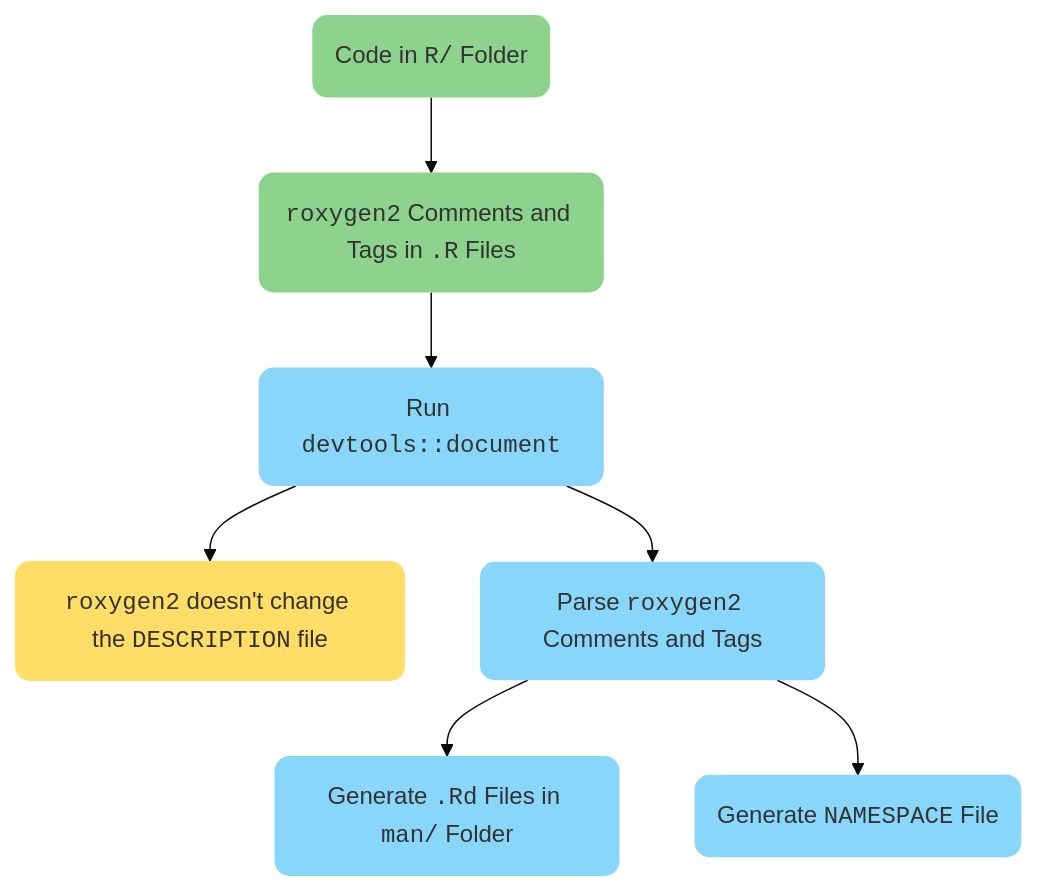
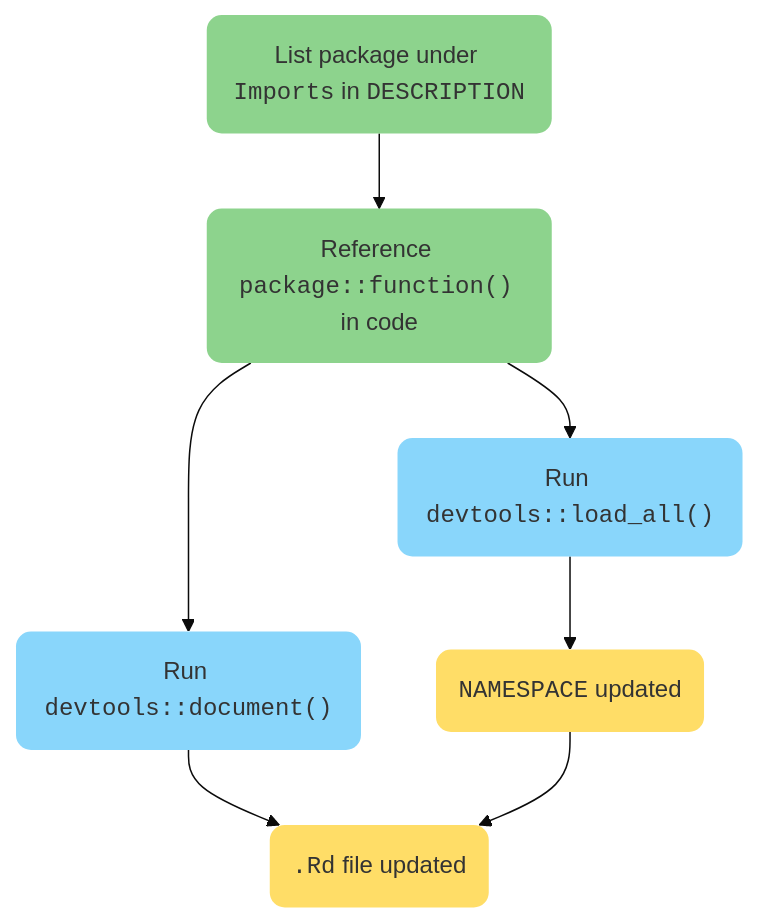
One commit to mjfrigaard/shiny-app-pkgs changed the second of 2 diagrams in dependencies.qmd. Above: the diagram before and after it, drawn with Mermaid. The commit also changed other lines of this file and 24 other files, not shown here.

````diff
--- a/dependencies.qmd
+++ b/dependencies.qmd
@@ -1040,22 +1080,28 @@
 ```{mermaid}
 %%| fig-width: 6.5
 %%| fig-align: center
-%%| fig-cap: "`devtools::document` does not change the `DESCRIPTION`"
+%%| fig-cap: '`devtools::document` does not change the `DESCRIPTION` file'
 %%{init: {'theme': 'base', 'themeVariables': { 'fontFamily': 'Inconsolata', 'primaryColor': '#89D6FB', 'edgeLabelBackground':'#02577A'}}}%%
 
 flowchart TD
-  X1(Code in <code>R/</code> Folder) --> X2(<code>roxygen2</code> Comments and Tags in <code>.R</code> Files)
-  X2 --> X3(Run <code>devtools::document</code>)
-  X3 --> note[<code>roxygen2</code> doesn't change the <code>DESCRIPTION</code> file]
-  X3 --> X4(Parse <code>roxygen2</code> Comments and Tags)
-  X4 --> X5(Generate <code>.Rd</code> Files in <code>man/</code> Folder)
-  X4 --> X6(Generate <code>NAMESPACE</code> File)
+  Imports("List package under <code>Imports</code> in <code>DESCRIPTION</code>")
+  Reference("Reference <code>package::function()</code> in code")
+  LoadAll("Run <code>devtools::load_all()</code>")
+  Document("Run <code>devtools::document()</code>")
+  NamespaceUpdated("<code>NAMESPACE</code> updated")
+  RdFileUpdated("<code>.Rd</code> file updated")
+
+  Imports --> Reference
+  Reference --> LoadAll
+  Reference --> Document
+  LoadAll --> NamespaceUpdated
+  Document --> RdFileUpdated
+  NamespaceUpdated --> RdFileUpdated
   
-  style X1 fill:#8dd38d,stroke:none,rx:10,ry:10;
-  style X2 fill:#8dd38d,stroke:none,rx:10,ry:10;
-  style X3 fill:#89D6FB,stroke:none,rx:10,ry:10;
-  style X4 fill:#89D6FB,stroke:none,rx:10,ry:10;
-  style X5 fill:#89D6FB,stroke:none,rx:10,ry:10;
-  style X6 fill:#89D6FB,stroke:none,rx:10,ry:10;
-  style note fill:#FFDD67,stroke:none,rx:10,ry:10;
+  style Imports fill:#8dd38d,stroke:none,rx:10,ry:10;
+  style Reference fill:#8dd38d,stroke:none,rx:10,ry:10;
+  style LoadAll fill:#89D6FB,stroke:none,rx:10,ry:10;
+  style Document fill:#89D6FB,stroke:none,rx:10,ry:10;
+  style NamespaceUpdated fill:#FFDD67,stroke:none,rx:10,ry:10;
+  style RdFileUpdated fill:#FFDD67,stroke:none,rx:10,ry:10;
 ```
````
